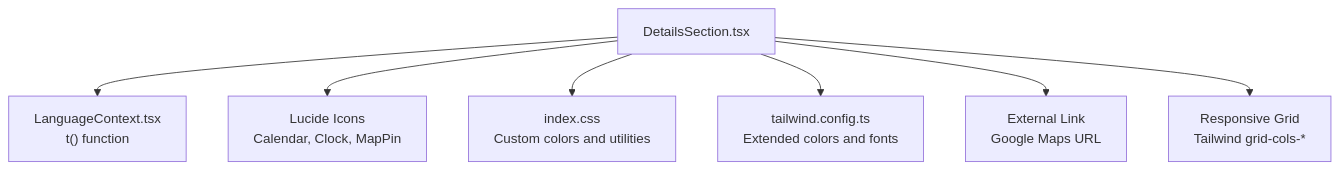
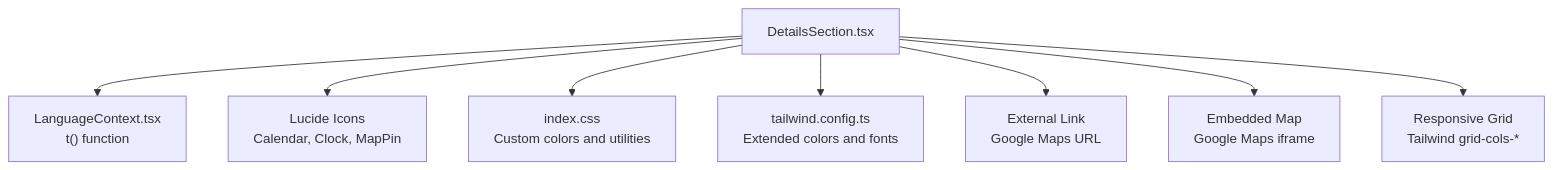
The first of 3 diagrams in .qoder/repowiki/en/content/Component Architecture/Core Section Components/Details Section.md (mohjak/sc-dof), drawn with Mermaid before and after one commit. The commit also changed other lines of this file and 8 other files, not shown here.

````diff
--- a/.qoder/repowiki/en/content/Component Architecture/Core Section Components/Details Section.md
+++ b/.qoder/repowiki/en/content/Component Architecture/Core Section Components/Details Section.md
@@ -35,9 +44,10 @@
 ```mermaid
 graph TB
 DS["DetailsSection.tsx"] --> LC["LanguageContext.tsx<br/>t() function"]
 DS --> ICONS["Lucide Icons<br/>Calendar, Clock, MapPin"]
 DS --> CSS["index.css<br/>Custom colors and utilities"]
 DS --> TW["tailwind.config.ts<br/>Extended colors and fonts"]
 DS --> MAP["External Link<br/>Google Maps URL"]
+DS --> IFRAME["Embedded Map<br/>Google Maps iframe"]
 DS --> GRID["Responsive Grid<br/>Tailwind grid-cols-*"]
 ```
````
